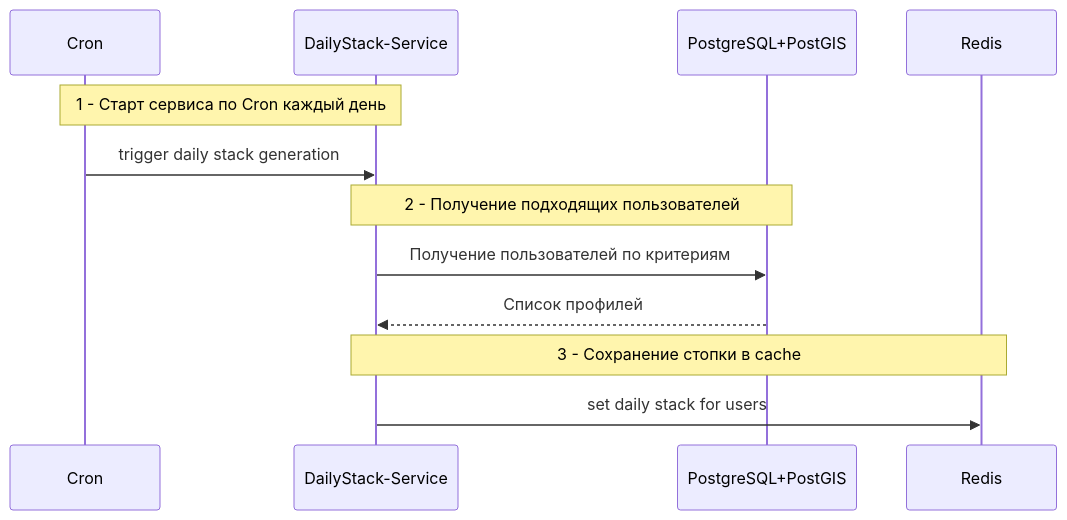
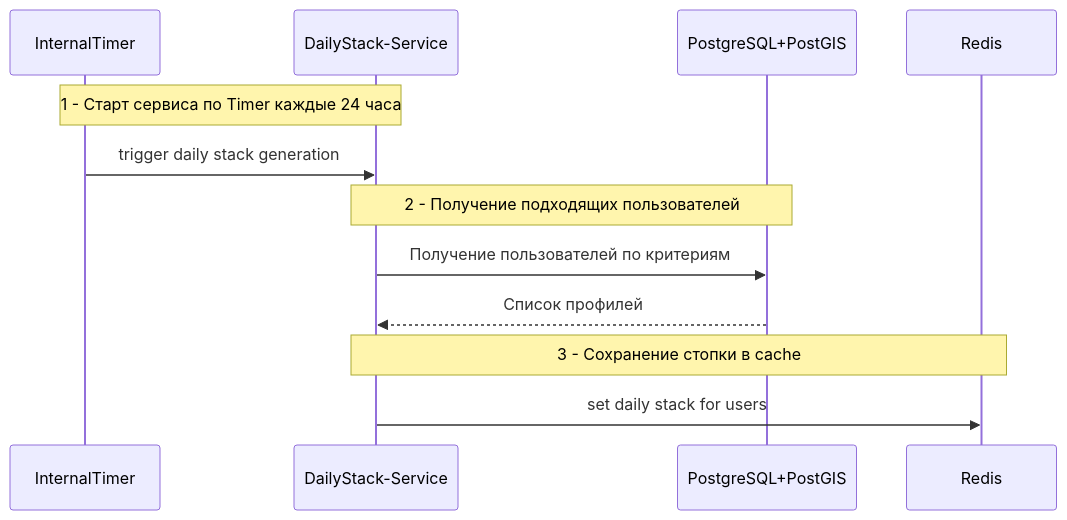
One commit to isOdin-l/TinderArt changed the fifth of 9 diagrams in docs/workflow-informative.md. Above: the diagram before and after it, drawn with Mermaid. The commit also changed other lines of this file and 5 other files, not shown here.

Commit message:
docs: updated workflow, architecture, structures docs

````diff
--- a/docs/workflow-informative.md
+++ b/docs/workflow-informative.md
@@ -179,17 +142,17 @@
 ```mermaid
 sequenceDiagram
-    participant Cron
+    participant Timer as InternalTimer
     participant Stack as DailyStack-Service
     participant DB as PostgreSQL+PostGIS
     participant Cache as Redis
 
-    Note over Cron,Stack: 1 - Старт сервиса по Cron каждый день
-    Cron->>Stack: trigger daily stack generation
+    Note over Timer,Stack: 1 - Старт сервиса по Timer каждые 24 часа
+    Timer->>Stack: trigger daily stack generation
 
     Note over Stack,DB: 2 - Получение подходящих пользователей
     Stack->>DB: Получение пользователей по критериям
     DB-->>Stack: Список профилей
 
     Note over Stack,Cache: 3 - Сохранение стопки в cache
     Stack->>Cache: set daily stack for users
 ```
````
